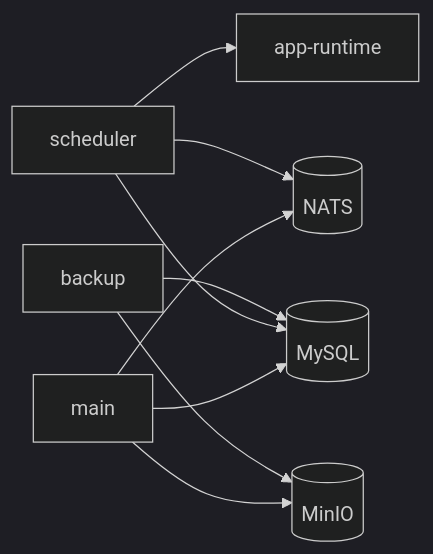
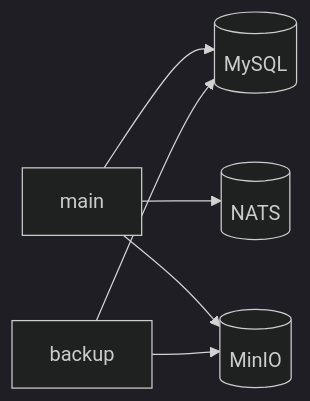
One commit to kageos/kageos changed the first of 6 diagrams in deploy/prod/DEPLOYMENT_FLOW.md. Above: the diagram before and after it, drawn with Mermaid (dark theme). The commit also changed other lines of this file and 276 other files, not shown here.

````diff
--- a/deploy/prod/DEPLOYMENT_FLOW.md
+++ b/deploy/prod/DEPLOYMENT_FLOW.md
@@ -103,18 +102,14 @@
 ```mermaid
 flowchart LR
     mysql[(MySQL)]
     nats[(NATS)]
     minio[(MinIO)]
     main[main]
-    scheduler[scheduler]
     backup[backup]
 
     main --> mysql
     main --> nats
     main --> minio
-    scheduler --> mysql
-    scheduler --> nats
-    scheduler --> runtime[app-runtime]
     backup --> mysql
     backup --> minio
 ```
````
